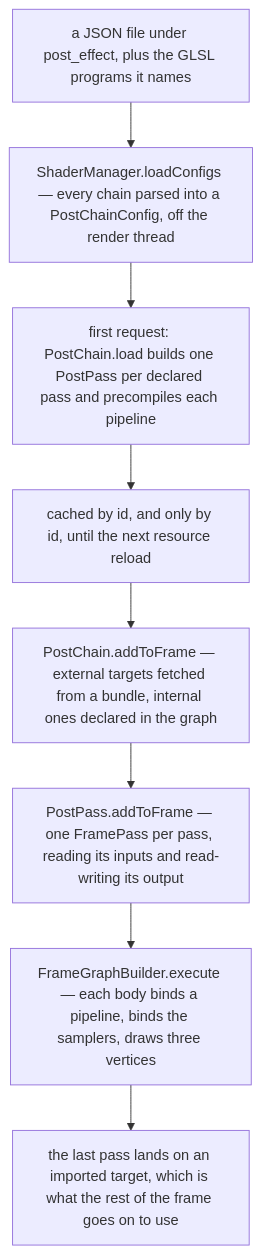
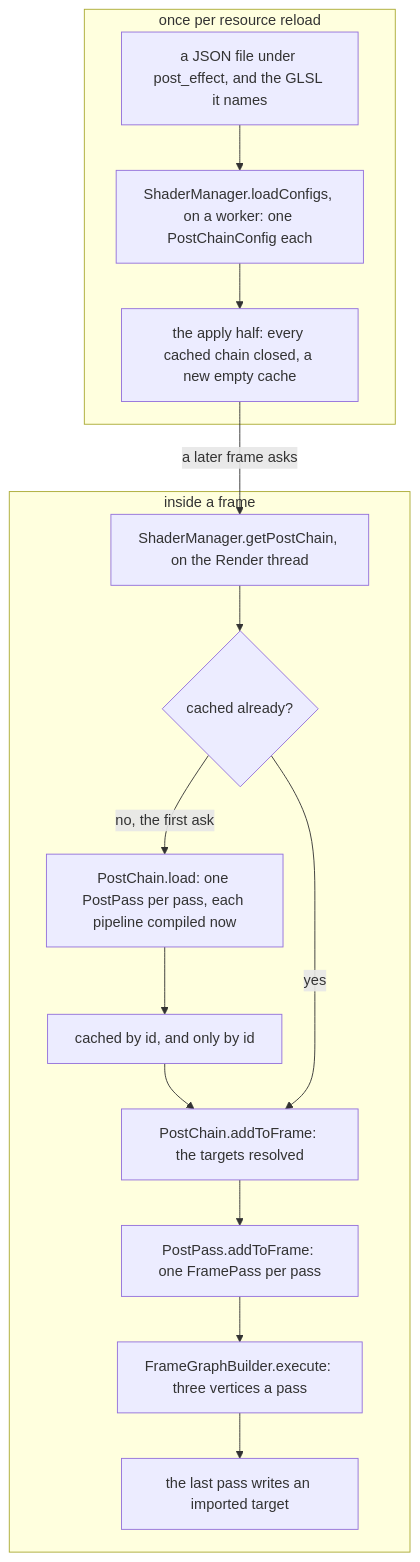
The first of 2 diagrams in src/systems/rendering/post-processing.md (AlexanderjFraser/MinecraftDocs), drawn with Mermaid before and after one commit. The commit also changed other lines of this file and 18 other files, not shown here.

````diff
--- a/src/systems/rendering/post-processing.md
+++ b/src/systems/rendering/post-processing.md
@@ -39,12 +39,23 @@
 ```mermaid
 flowchart TD
-    DISK["a JSON file under post_effect, plus the GLSL programs it names"]
-    PREP["ShaderManager.loadConfigs — every chain parsed into a PostChainConfig, off the render thread"]
-    LOAD["first request: PostChain.load builds one PostPass per declared pass and precompiles each pipeline"]
-    CACHE["cached by id, and only by id, until the next resource reload"]
-    ADD["PostChain.addToFrame — external targets fetched from a bundle, internal ones declared in the graph"]
-    PASS["PostPass.addToFrame — one FramePass per pass, reading its inputs and read-writing its output"]
-    EXEC["FrameGraphBuilder.execute — each body binds a pipeline, binds the samplers, draws three vertices"]
-    OUT["the last pass lands on an imported target, which is what the rest of the frame goes on to use"]
-    DISK --> PREP --> LOAD --> CACHE --> ADD --> PASS --> EXEC --> OUT
+    subgraph RELOAD["once per resource reload"]
+        DISK["a JSON file under post_effect, and the GLSL it names"]
+        PREP["ShaderManager.loadConfigs, on a worker: one PostChainConfig each"]
+        APPLY["the apply half: every cached chain closed, a new empty cache"]
+    end
+    subgraph FRAME["inside a frame"]
+        GET["ShaderManager.getPostChain, on the Render thread"]
+        ASK{"cached already?"}
+        LOAD["PostChain.load: one PostPass per pass, each pipeline compiled now"]
+        CACHE["cached by id, and only by id"]
+        ADD["PostChain.addToFrame: the targets resolved"]
+        PASS["PostPass.addToFrame: one FramePass per pass"]
+        EXEC["FrameGraphBuilder.execute: three vertices a pass"]
+        OUT["the last pass writes an imported target"]
+    end
+    DISK --> PREP --> APPLY
+    APPLY -- "a later frame asks" --> GET --> ASK
+    ASK -- "no, the first ask" --> LOAD --> CACHE --> ADD
+    ASK -- "yes" --> ADD
+    ADD --> PASS --> EXEC --> OUT
 ```
````
